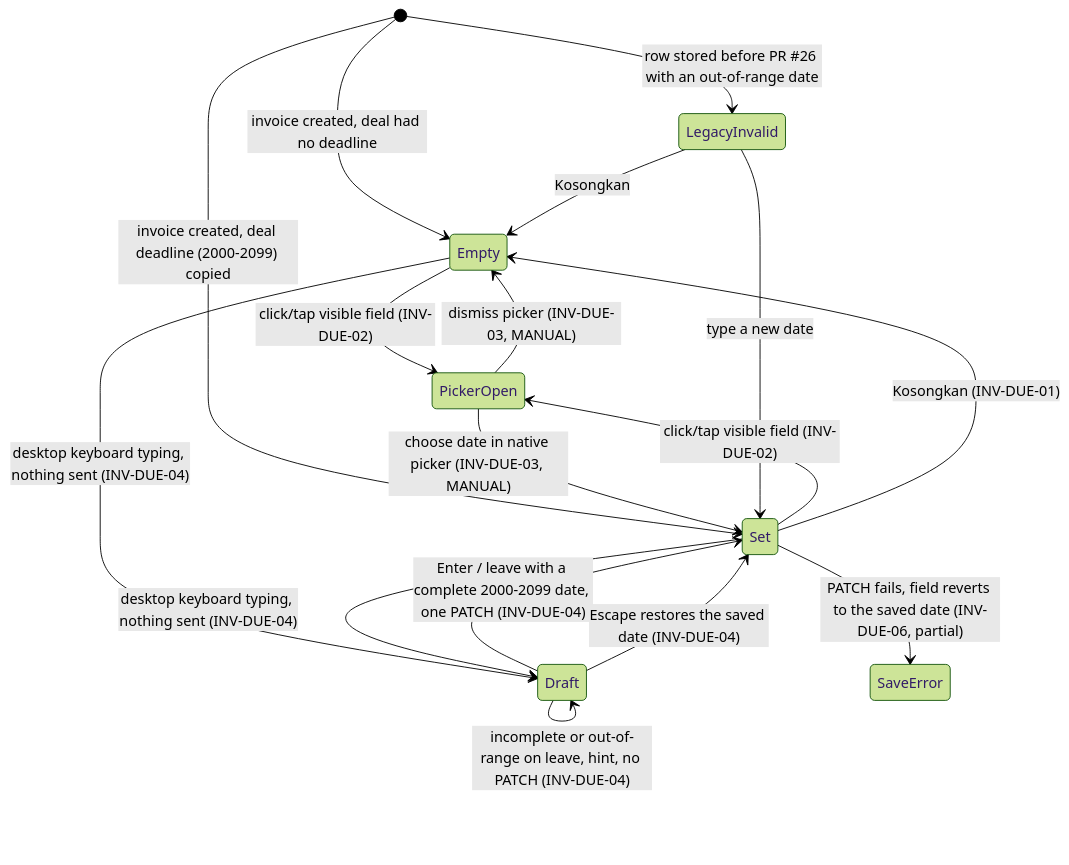
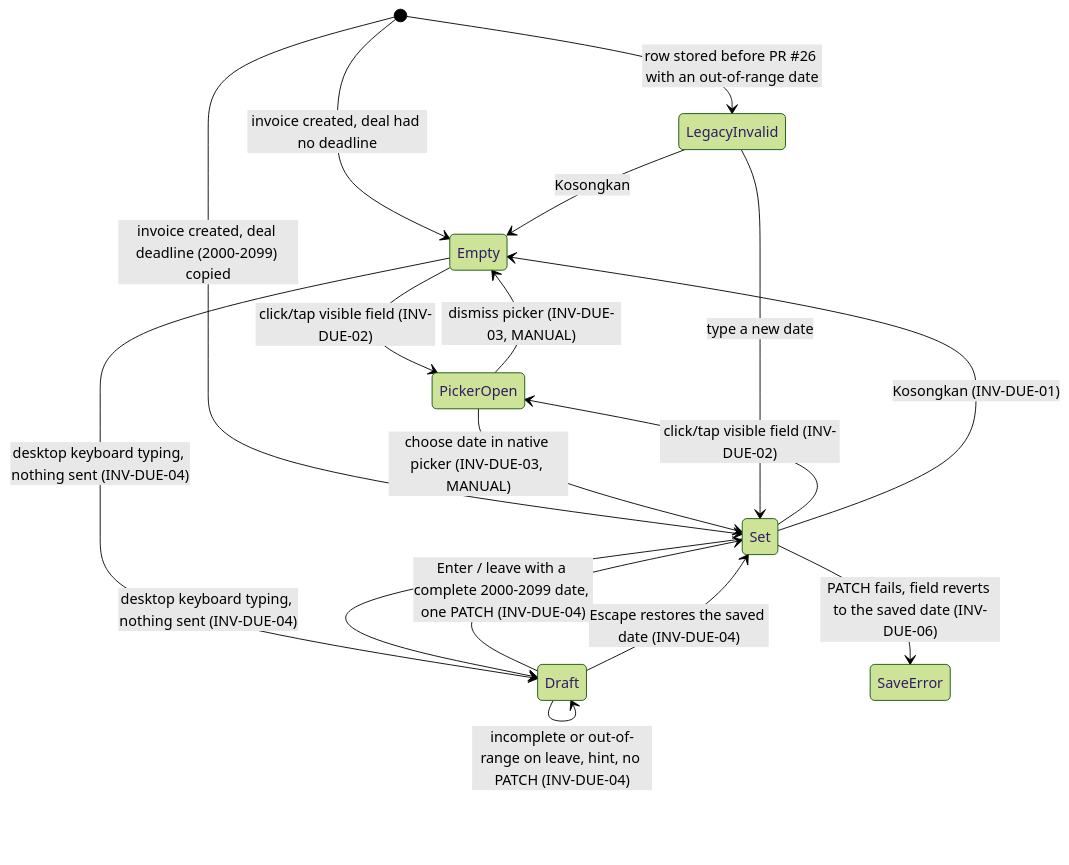
The second of 3 diagrams in docs/testing/JOURNEY-GRAPHS.md (crh/dibayar), drawn with Mermaid (forest theme) before and after one commit. The commit also changed other lines of this file and 6 other files, not shown here.

First line of the commit message:
docs(journeys): INV-DUE-06 real, A11Y-04 back to partial, FIND-11 triaged, read-only FIND-10 impact query

````diff
--- a/docs/testing/JOURNEY-GRAPHS.md
+++ b/docs/testing/JOURNEY-GRAPHS.md
@@ -67,19 +67,19 @@
 ```mermaid
 stateDiagram-v2
     [*] --> Empty: invoice created, deal had no deadline
     [*] --> Set: invoice created, deal deadline (2000-2099) copied
     [*] --> LegacyInvalid: row stored before PR #26 with an out-of-range date
     Empty --> PickerOpen: click/tap visible field (INV-DUE-02)
     Set --> PickerOpen: click/tap visible field (INV-DUE-02)
     PickerOpen --> Set: choose date in native picker (INV-DUE-03, MANUAL)
     PickerOpen --> Empty: dismiss picker (INV-DUE-03, MANUAL)
     Empty --> Draft: desktop keyboard typing, nothing sent (INV-DUE-04)
     Set --> Draft: desktop keyboard typing, nothing sent (INV-DUE-04)
     Draft --> Set: Enter / leave with a complete 2000-2099 date, one PATCH (INV-DUE-04)
     Draft --> Draft: incomplete or out-of-range on leave, hint, no PATCH (INV-DUE-04)
     Draft --> Set: Escape restores the saved date (INV-DUE-04)
     Set --> Empty: Kosongkan (INV-DUE-01)
-    Set --> SaveError: PATCH fails, field reverts to the saved date (INV-DUE-06, partial)
+    Set --> SaveError: PATCH fails, field reverts to the saved date (INV-DUE-06)
     LegacyInvalid --> Empty: Kosongkan
     LegacyInvalid --> Set: type a new date
 ```
````
